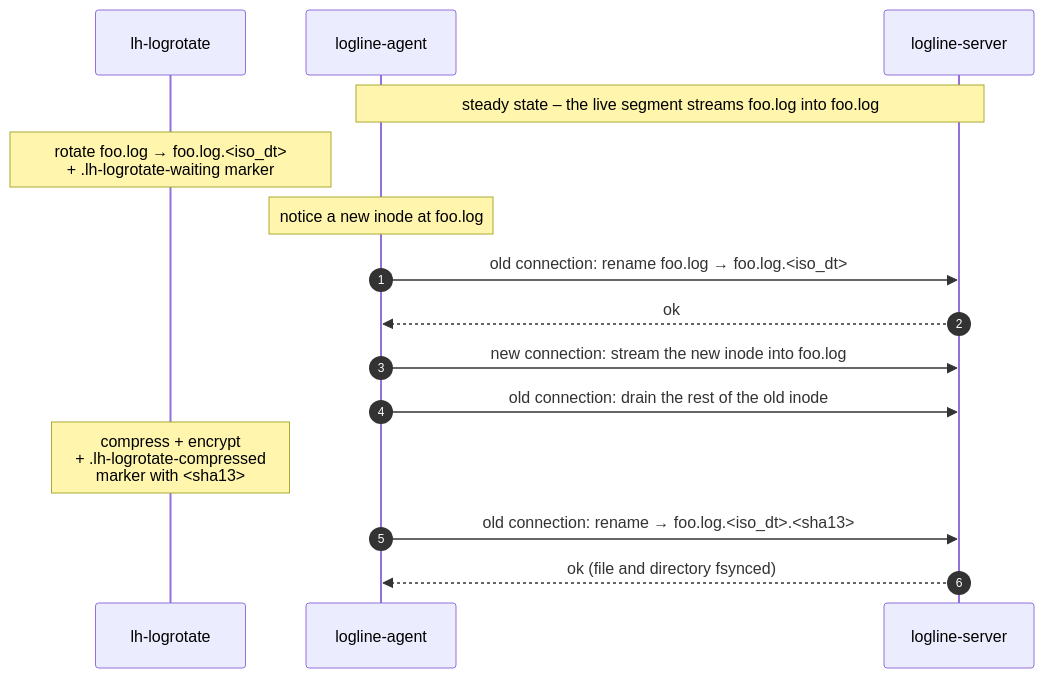
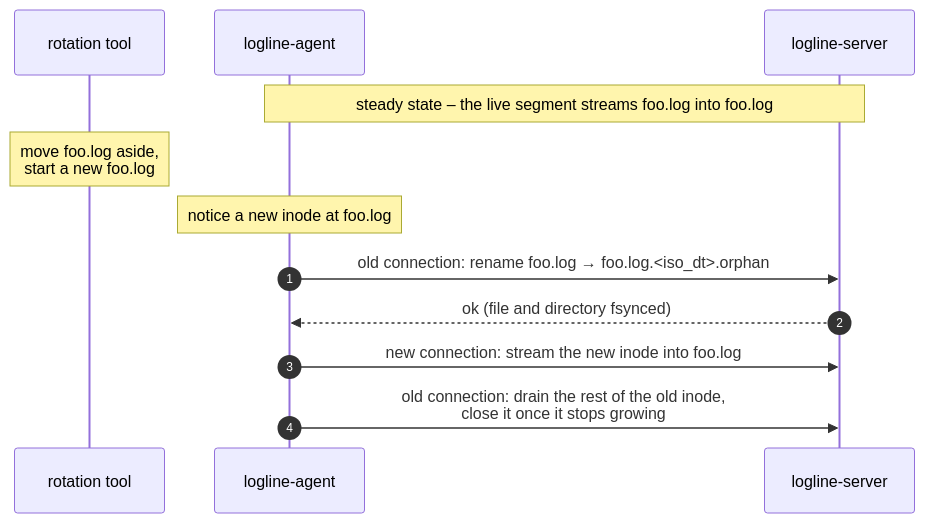
Before and after one commit to leadhub-code/logline: the second of 3 diagrams in README.md, drawn with Mermaid. The commit also changed other lines of this file, not shown here.

First line of the commit message:
docs: describe rotation markers generically in the README

````diff
--- a/README.md
+++ b/README.md
@@ -252,18 +253,15 @@
 ```mermaid
 sequenceDiagram
     autonumber
-    participant R as lh-logrotate
+    participant R as rotation tool
     participant A as logline-agent
     participant S as logline-server
 
     Note over A,S: steady state – the live segment streams foo.log into foo.log
-    Note over R: rotate foo.log → foo.log.#lt;iso_dt#gt;<br/>+ .lh-logrotate-waiting marker
+    Note over R: move foo.log aside,<br/>start a new foo.log
     Note over A: notice a new inode at foo.log
-    A->>S: old connection: rename foo.log → foo.log.#lt;iso_dt#gt;
-    S-->>A: ok
+    A->>S: old connection: rename foo.log → foo.log.#lt;iso_dt#gt;.orphan
+    S-->>A: ok (file and directory fsynced)
     A->>S: new connection: stream the new inode into foo.log
-    A->>S: old connection: drain the rest of the old inode
-    Note over R: compress + encrypt<br/>+ .lh-logrotate-compressed<br/>marker with #lt;sha13#gt;
-    A->>S: old connection: rename → foo.log.#lt;iso_dt#gt;.#lt;sha13#gt;
-    S-->>A: ok (file and directory fsynced)
+    A->>S: old connection: drain the rest of the old inode,<br/>close it once it stops growing
 ```
````
